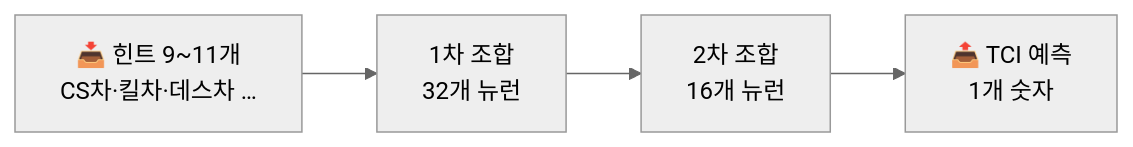
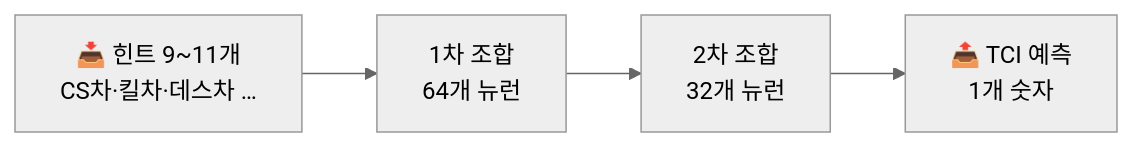
Before and after one commit to pes79/lol-performance-analysis: the sixth of 6 diagrams in README.md, drawn with Mermaid (neutral theme). The commit also changed other lines of this file, not shown here.

````diff
--- a/README.md
+++ b/README.md
@@ -295,6 +329,6 @@
 ```mermaid
 flowchart LR
-    I["📥 힌트 9~11개<br/>CS차·킬차·데스차 …"] --> H1["1차 조합<br/>32개 뉴런"]
-    H1 --> H2["2차 조합<br/>16개 뉴런"]
+    I["📥 힌트 9~11개<br/>CS차·킬차·데스차 …"] --> H1["1차 조합<br/>64개 뉴런"]
+    H1 --> H2["2차 조합<br/>32개 뉴런"]
     H2 --> O["📤 TCI 예측<br/>1개 숫자"]
 ```
````
